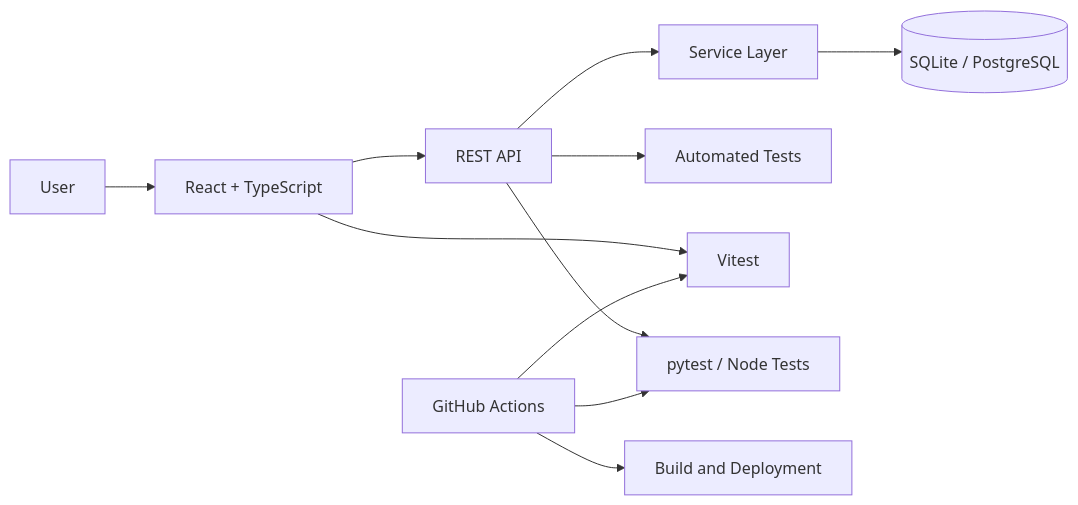
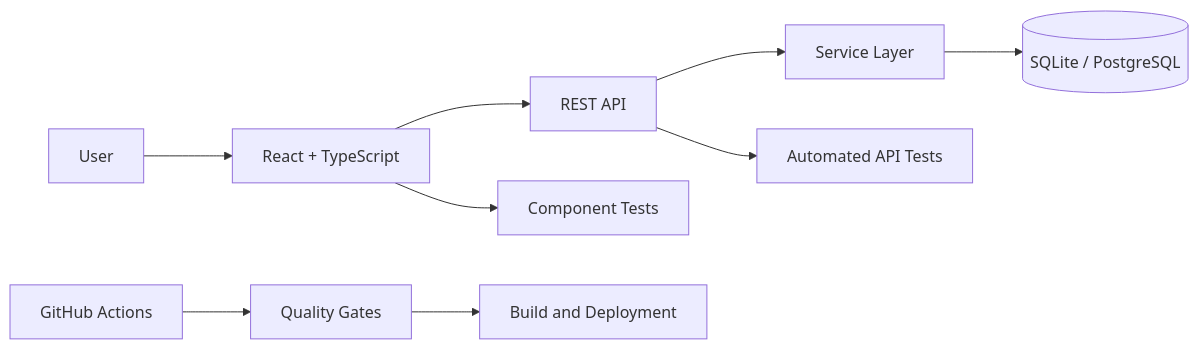
One commit to LiriothTeltanion/Fullstack2026 changed the diagram in README.md. Above: the diagram before and after it, drawn with Mermaid. The commit also changed other lines of this file and 17 other files, not shown here.

````diff
--- a/README.md
+++ b/README.md
@@ -413,13 +471,11 @@
 ```mermaid
 flowchart LR
-    U[User] --> R[React + TypeScript]
-    R --> A[REST API]
+    U[User] --> F[React + TypeScript]
+    F --> A[REST API]
     A --> S[Service Layer]
     S --> D[(SQLite / PostgreSQL)]
-    A --> T[Automated Tests]
-    R --> V[Vitest]
-    A --> P[pytest / Node Tests]
-    G[GitHub Actions] --> V
-    G --> P
-    G --> B[Build and Deployment]
+    A --> T[Automated API Tests]
+    F --> V[Component Tests]
+    G[GitHub Actions] --> Q[Quality Gates]
+    Q --> B[Build and Deployment]
 ```
````
